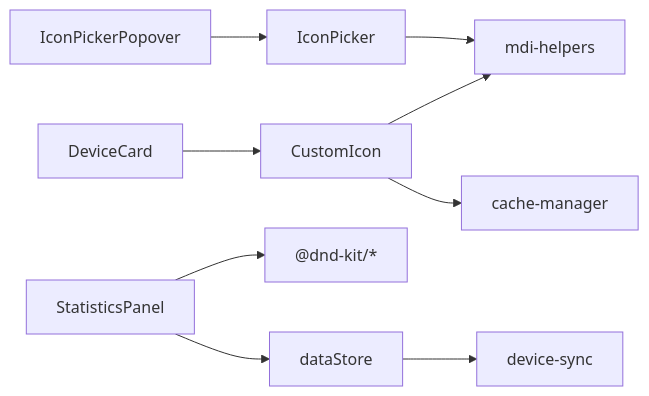
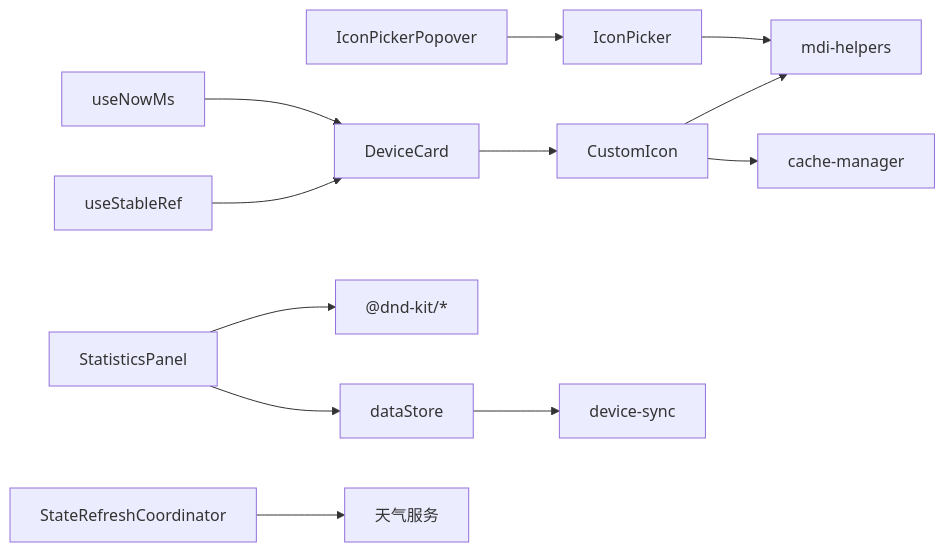
One commit to skyeyinkun/HAUI changed the seventh of 7 diagrams in .qoder/repowiki/zh/content/性能优化/性能优化.md. Above: the diagram before and after it, drawn with Mermaid. The commit also changed other lines of this file and 14 other files, not shown here.

````diff
--- a/.qoder/repowiki/zh/content/性能优化/性能优化.md
+++ b/.qoder/repowiki/zh/content/性能优化/性能优化.md
@@ -282,11 +388,14 @@
 ```mermaid
 graph LR
 DC["DeviceCard"] --> CI["CustomIcon"]
 SP["StatisticsPanel"] --> DZ["dataStore"]
 SP --> DNDKIT["@dnd-kit/*"]
 IP["IconPicker"] --> IMH["mdi-helpers"]
 IPP["IconPickerPopover"] --> IP
 CI --> IMH
 CI --> CM["cache-manager"]
 DZ --> DS["device-sync"]
+RC["StateRefreshCoordinator"] --> SERVICE["天气服务"]
+UNM["useNowMs"] --> DC
+USR["useStableRef"] --> DC
 ```
````
